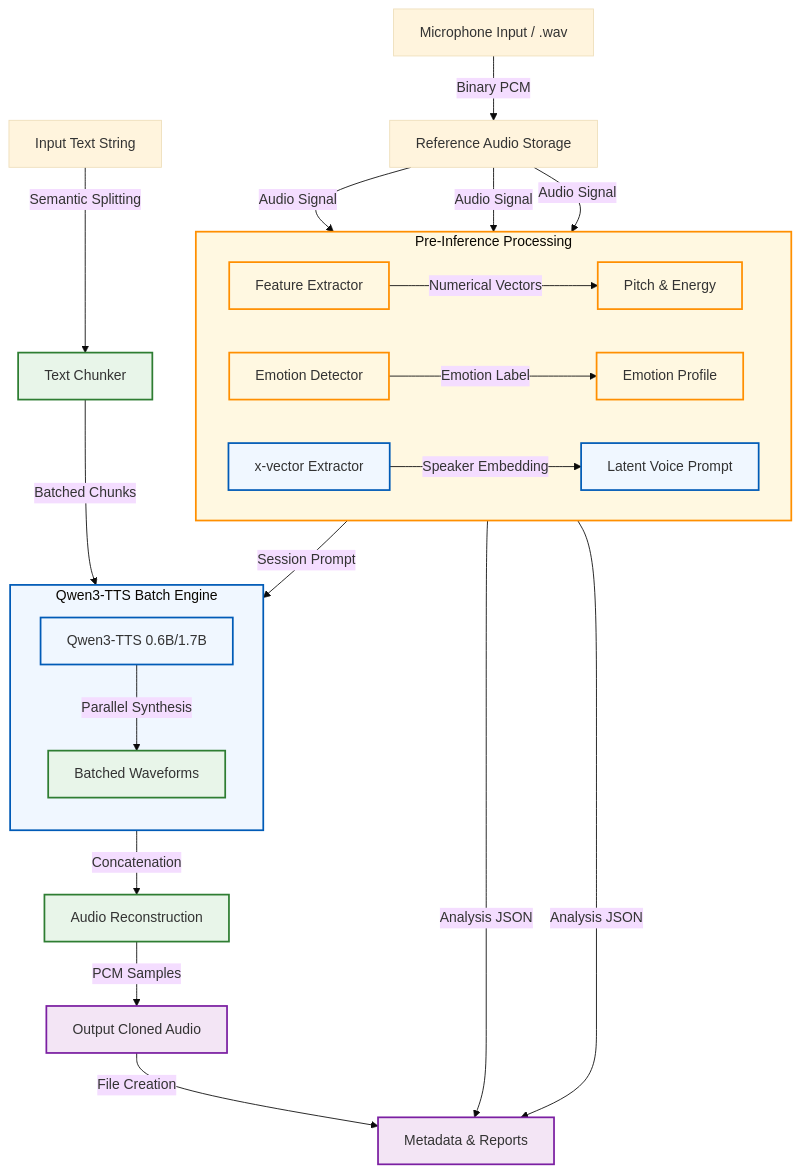
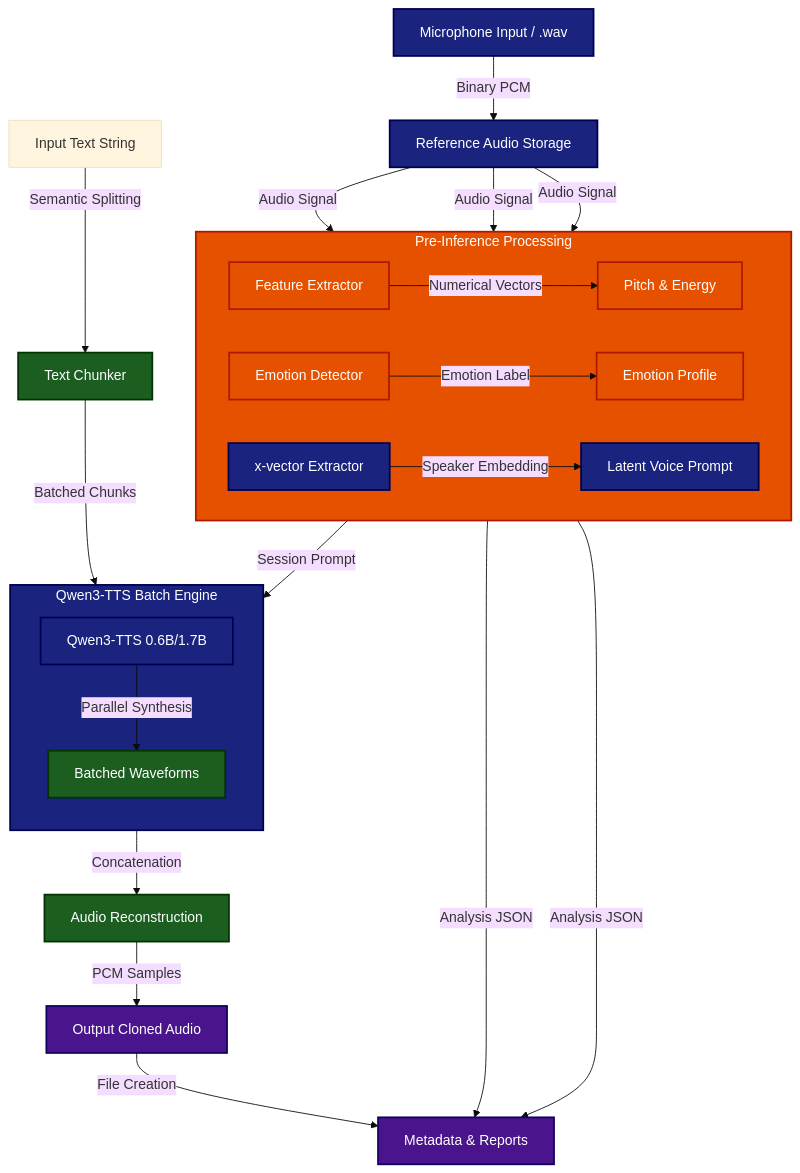
The diagram in docs/DIAGRAM.md (Praveen-1307/-Personalized-Speech-Learning-using-TTS), drawn with Mermaid (base theme) before and after one commit. The commit also changed 1 other file, not shown here.

Commit message:
Final commit

````diff
--- a/docs/DIAGRAM.md
+++ b/docs/DIAGRAM.md
@@ -5,48 +5,48 @@
 ```mermaid
 graph TD
     %% Input Stage
     Input[Microphone Input / .wav] -->|Binary PCM| Rec[Reference Audio Storage]
     
     %% Analysis & Prompt Stage
     subgraph PreProcessing [Pre-Inference Processing]
         direction LR
         FE[Feature Extractor] -->|Numerical Vectors| Pitch[Pitch & Energy]
         ED[Emotion Detector] -->|Emotion Label| Emotion[Emotion Profile]
         Prompt[x-vector Extractor] -->|Speaker Embedding| Embedding[Latent Voice Prompt]
     end
     
     Rec -->|Audio Signal| FE
     Rec -->|Audio Signal| ED
     Rec -->|Audio Signal| Prompt
 
     %% Batching Logic
     Text[Input Text String] -->|Semantic Splitting| Chunker[Text Chunker]
     Chunker -->|Batched Chunks| Engine
 
     %% Model Integration Stage
     subgraph Engine [Qwen3-TTS Batch Engine]
         direction TB
         Base[Qwen3-TTS 0.6B/1.7B]
         Embedding -->|Session Prompt| Base
         Base -->|Parallel Synthesis| BatchOut[Batched Waveforms]
     end
     
     %% Synthesis Stage
     BatchOut -->|Concatenation| Reconstruction[Audio Reconstruction]
     Reconstruction -->|PCM Samples| WAV[Output Cloned Audio]
     
     %% Output Metadata
     WAV -->|File Creation| Meta[Metadata & Reports]
     Pitch & Emotion -->|Analysis JSON| Meta
 
-    %% Styling with High Contrast
-    classDef mainNode fill:#f0f7ff,stroke:#005bb7,stroke-width:2px;
-    classDef analysisNode fill:#fff8e1,stroke:#ff8f00,stroke-width:2px;
-    classDef modelNode fill:#e8f5e9,stroke:#2e7d32,stroke-width:2px;
-    classDef outputNode fill:#f3e5f5,stroke:#7b1fa2,stroke-width:2px;
+    %% Styling with High Contrast (Dark backgrounds with white text)
+    classDef mainNode fill:#1a237e,stroke:#000051,color:#ffffff,stroke-width:2px;
+    classDef analysisNode fill:#e65100,stroke:#ac1900,color:#ffffff,stroke-width:2px;
+    classDef modelNode fill:#1b5e20,stroke:#003300,color:#ffffff,stroke-width:2px;
+    classDef outputNode fill:#4a148c,stroke:#12005e,color:#ffffff,stroke-width:2px;
     
-    class Engine,Base,Prompt,Embedding mainNode;
-    class FE,ED,Pitch,Emotion,PreProcessing analysisNode;
-    class Chunker,BatchOut,Reconstruction modelNode;
-    class WAV,Meta outputNode;
+    class Engine,Base,Prompt,Embedding,QTTS,Clone,Input,Rec mainNode;
+    class FE,ED,Pitch,Emotion,PreProcessing,Analysis,Profile analysisNode;
+    class Chunker,BatchOut,Reconstruction,Adapter,Sync modelNode;
+    class WAV,Meta,JsonOut,WavOut,ReportOut,Val outputNode;
 ```
````
